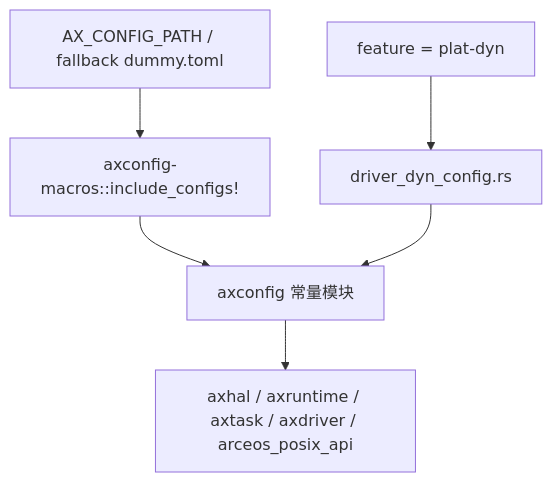
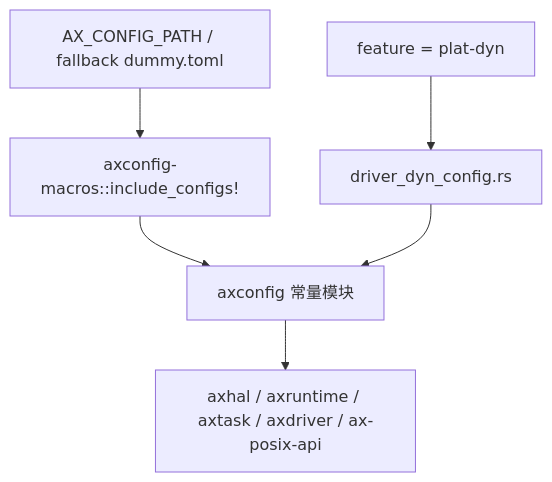
The first of 2 diagrams in docs/crates/axconfig.md (zKurisu/tgoskits), drawn with Mermaid before and after one commit. The commit also changed other lines of this file and 39 other files, not shown here.

Commit message:
rename arceos_posix_api to ax-posix-api

````diff
--- a/docs/crates/axconfig.md
+++ b/docs/crates/axconfig.md
@@ -25,10 +25,10 @@
 ```mermaid
 flowchart TD
     A["AX_CONFIG_PATH / fallback dummy.toml"] --> B["axconfig-macros::include_configs!"]
     B --> C["axconfig 常量模块"]
 
     D["feature = plat-dyn"] --> E["driver_dyn_config.rs"]
     E --> C
 
-    C --> F["axhal / axruntime / axtask / axdriver / arceos_posix_api"]
+    C --> F["axhal / axruntime / axtask / axdriver / ax-posix-api"]
 ```
````
